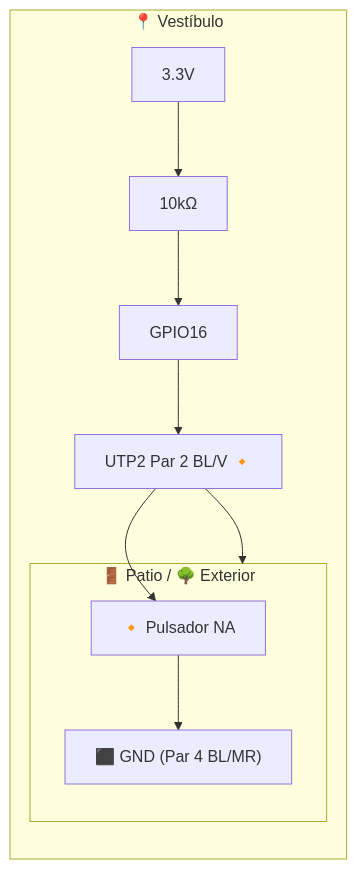
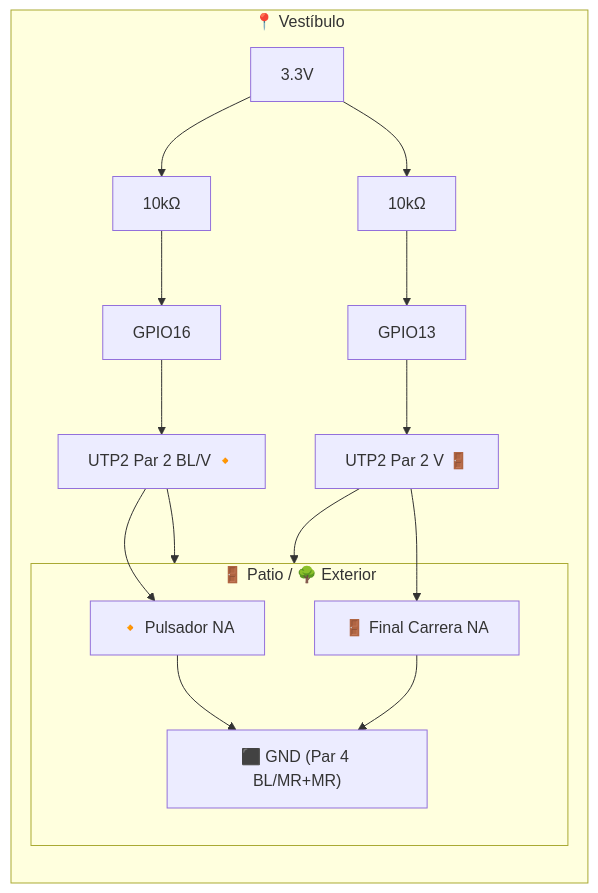
Before and after one commit to abelbour/Abrepuertas: the seventh of 11 diagrams in README.md, drawn with Mermaid. The commit also changed other lines of this file and 1 other file, not shown here.

First line of the commit message:
Fix: high-side switching, GPIO13 INPUT, FC check inmediato, RTTTL único

````diff
--- a/README.md
+++ b/README.md
@@ -612,11 +618,14 @@
 ```mermaid
 flowchart LR
     subgraph Vestibulo["📍 Vestíbulo"]
-        VCC["3.3V"] --> R10k["10kΩ"] --> G16["GPIO16"]
+        VCC["3.3V"] --> R10k_16["10kΩ"] --> G16["GPIO16"]
+        VCC --> R10k_13["10kΩ"] --> G13["GPIO13"]
         G16 --> PA1["UTP2 Par 2 BL/V 🔸"] --> Patio
+        G13 --> PA2["UTP2 Par 2 V 🚪"] --> Patio
     end
 
     subgraph Patio["🚪 Patio / 🌳 Exterior"]
-        PA1 --> Btn["🔸 Pulsador NA"] --> GND_P["⬛ GND (Par 4 BL/MR)"]
+        PA1 --> Btn["🔸 Pulsador NA"] --> GND_P["⬛ GND (Par 4 BL/MR+MR)"]
+        PA2 --> FC["🚪 Final Carrera NA"] --> GND_P
     end
 ```
````
